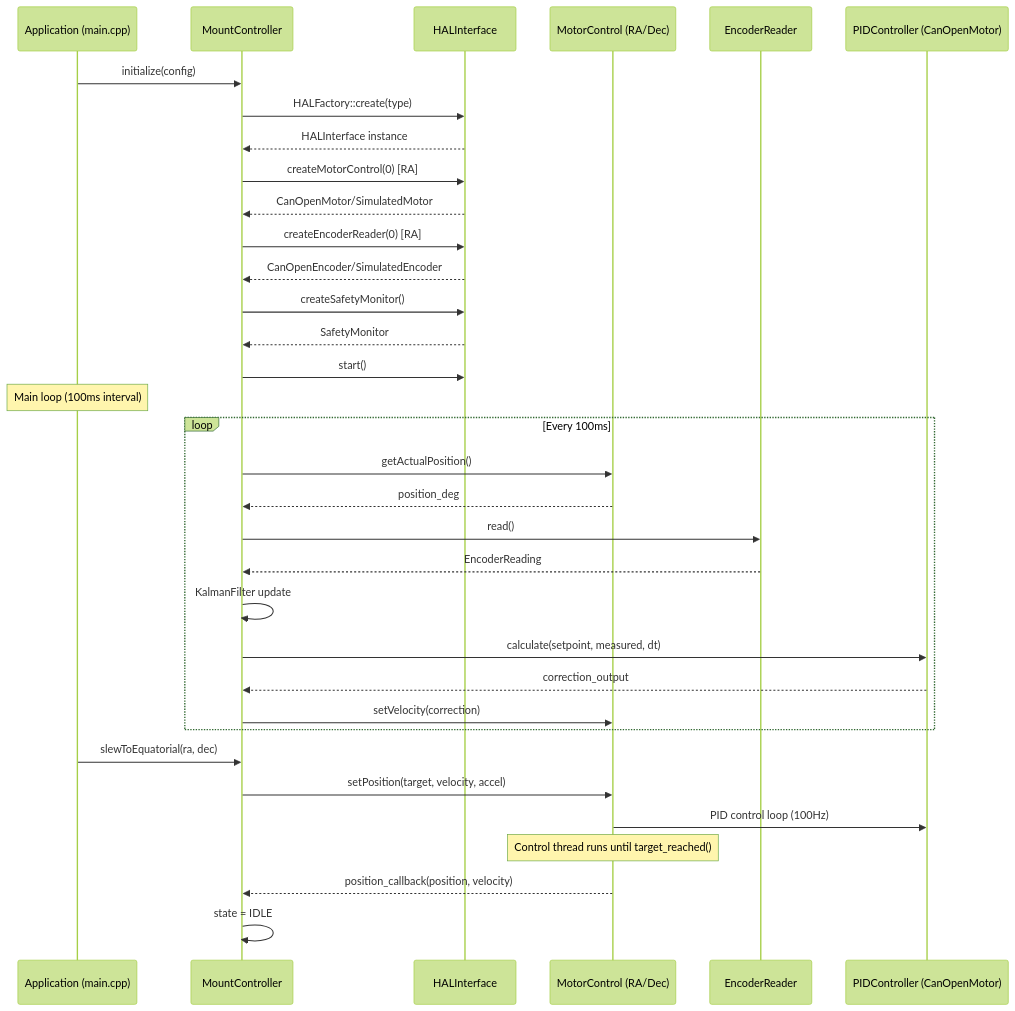
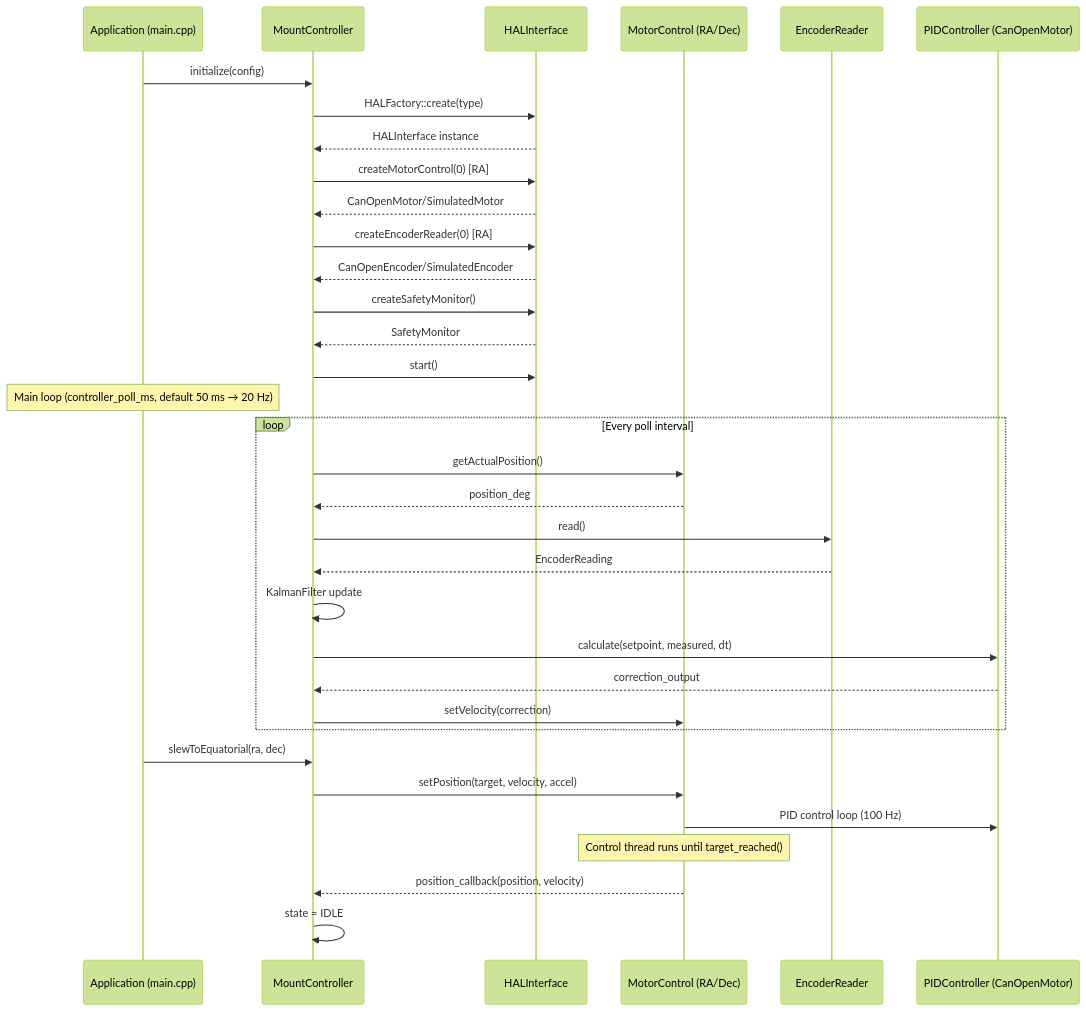
One commit to pielaszkiewicz-jacek/astro_mount_control changed the sixth of 11 diagrams in docs/en/architecture.md. Above: the diagram before and after it, drawn with Mermaid (forest theme). The commit also changed other lines of this file and 674 other files, not shown here.

````diff
--- a/docs/en/architecture.md
+++ b/docs/en/architecture.md
@@ -352,40 +446,40 @@
 ```mermaid
 sequenceDiagram
     participant APP as Application (main.cpp)
     participant MC as MountController
     participant HAL as HALInterface
     participant MOT as MotorControl (RA/Dec)
     participant ENC as EncoderReader
     participant PID as PIDController (CanOpenMotor)
-    
+
     APP->>MC: initialize(config)
     MC->>HAL: HALFactory::create(type)
     HAL-->>MC: HALInterface instance
     MC->>HAL: createMotorControl(0) [RA]
     HAL-->>MC: CanOpenMotor/SimulatedMotor
     MC->>HAL: createEncoderReader(0) [RA]
     HAL-->>MC: CanOpenEncoder/SimulatedEncoder
     MC->>HAL: createSafetyMonitor()
     HAL-->>MC: SafetyMonitor
     MC->>HAL: start()
-    
-    Note over APP: Main loop (100ms interval)
-    
-    loop Every 100ms
+
+    Note over APP: Main loop (controller_poll_ms, default 50 ms → 20 Hz)
+
+    loop Every poll interval
         MC->>MOT: getActualPosition()
         MOT-->>MC: position_deg
         MC->>ENC: read()
         ENC-->>MC: EncoderReading
         MC->>MC: KalmanFilter update
         MC->>PID: calculate(setpoint, measured, dt)
         PID-->>MC: correction_output
         MC->>MOT: setVelocity(correction)
     end
-    
+
     APP->>MC: slewToEquatorial(ra, dec)
     MC->>MOT: setPosition(target, velocity, accel)
-    MOT->>PID: PID control loop (100Hz)
+    MOT->>PID: PID control loop (100 Hz)
     Note over MOT: Control thread runs until target_reached()
     MOT-->>MC: position_callback(position, velocity)
     MC->>MC: state = IDLE
 ```
````
